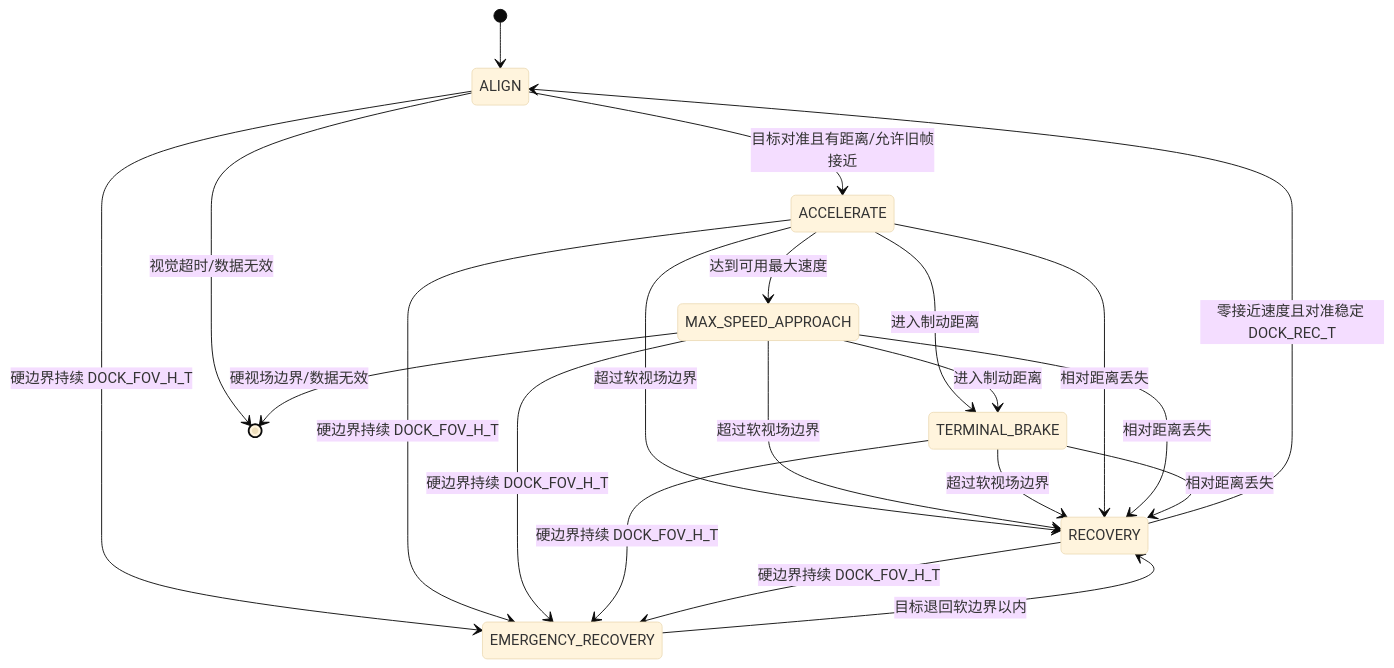
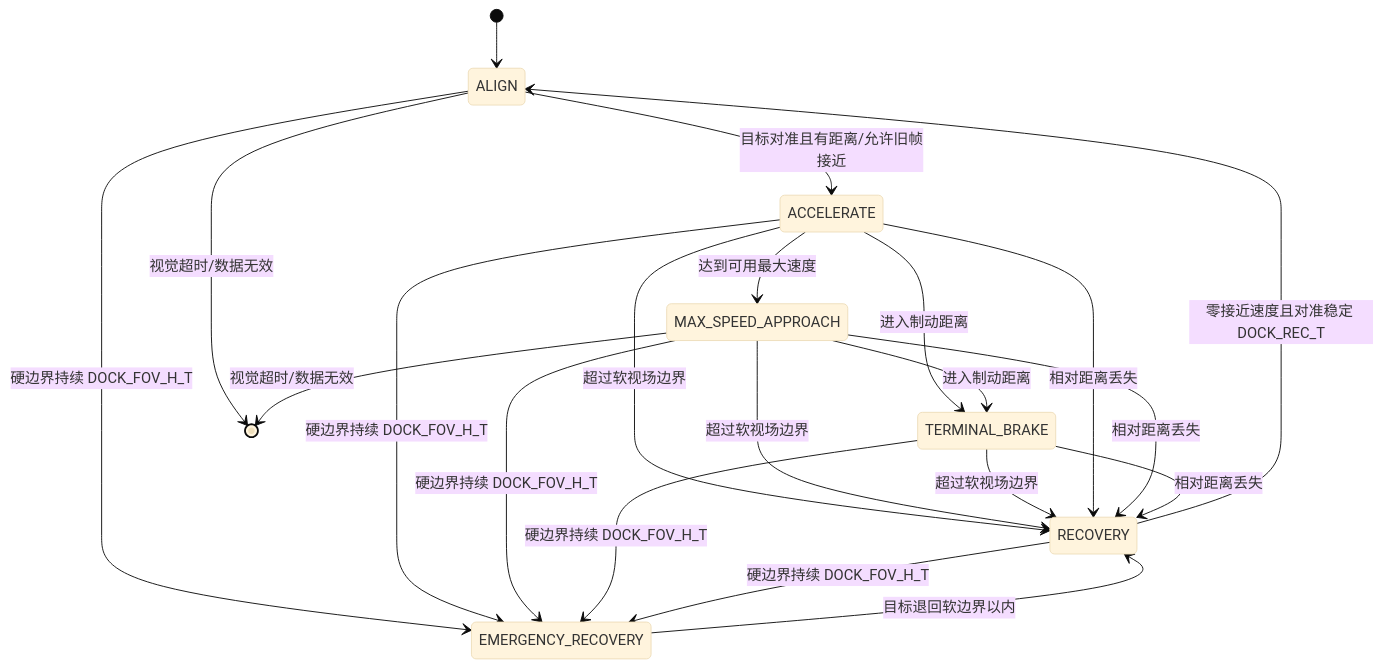
Before and after one commit to qikai820/px4-autopilot: the third of 5 diagrams in docs/DockGuidance_代码逻辑流程图.md, drawn with Mermaid (base theme). The commit also changed other lines of this file and 1 other file, not shown here.

Commit message:
docs(dock_guidance): define terminal max-speed approach

````diff
--- a/docs/DockGuidance_代码逻辑流程图.md
+++ b/docs/DockGuidance_代码逻辑流程图.md
@@ -51,23 +52,23 @@
 ```mermaid
 stateDiagram-v2
     [*] --> ALIGN
     ALIGN --> ACCELERATE: 目标对准且有距离/允许旧帧接近
     ACCELERATE --> MAX_SPEED_APPROACH: 达到可用最大速度
     ACCELERATE --> TERMINAL_BRAKE: 进入制动距离
     MAX_SPEED_APPROACH --> TERMINAL_BRAKE: 进入制动距离
     ACCELERATE --> RECOVERY: 超过软视场边界
     MAX_SPEED_APPROACH --> RECOVERY: 超过软视场边界
     TERMINAL_BRAKE --> RECOVERY: 超过软视场边界
     ALIGN --> EMERGENCY_RECOVERY: 硬边界持续 DOCK_FOV_H_T
     ACCELERATE --> EMERGENCY_RECOVERY: 硬边界持续 DOCK_FOV_H_T
     MAX_SPEED_APPROACH --> EMERGENCY_RECOVERY: 硬边界持续 DOCK_FOV_H_T
     TERMINAL_BRAKE --> EMERGENCY_RECOVERY: 硬边界持续 DOCK_FOV_H_T
     RECOVERY --> EMERGENCY_RECOVERY: 硬边界持续 DOCK_FOV_H_T
     EMERGENCY_RECOVERY --> RECOVERY: 目标退回软边界以内
     ACCELERATE --> RECOVERY: 相对距离丢失
     MAX_SPEED_APPROACH --> RECOVERY: 相对距离丢失
     TERMINAL_BRAKE --> RECOVERY: 相对距离丢失
     RECOVERY --> ALIGN: 零接近速度且对准稳定 DOCK_REC_T
     ALIGN --> [*]: 视觉超时/数据无效
-    MAX_SPEED_APPROACH --> [*]: 硬视场边界/数据无效
+    MAX_SPEED_APPROACH --> [*]: 视觉超时/数据无效
 ```
````
